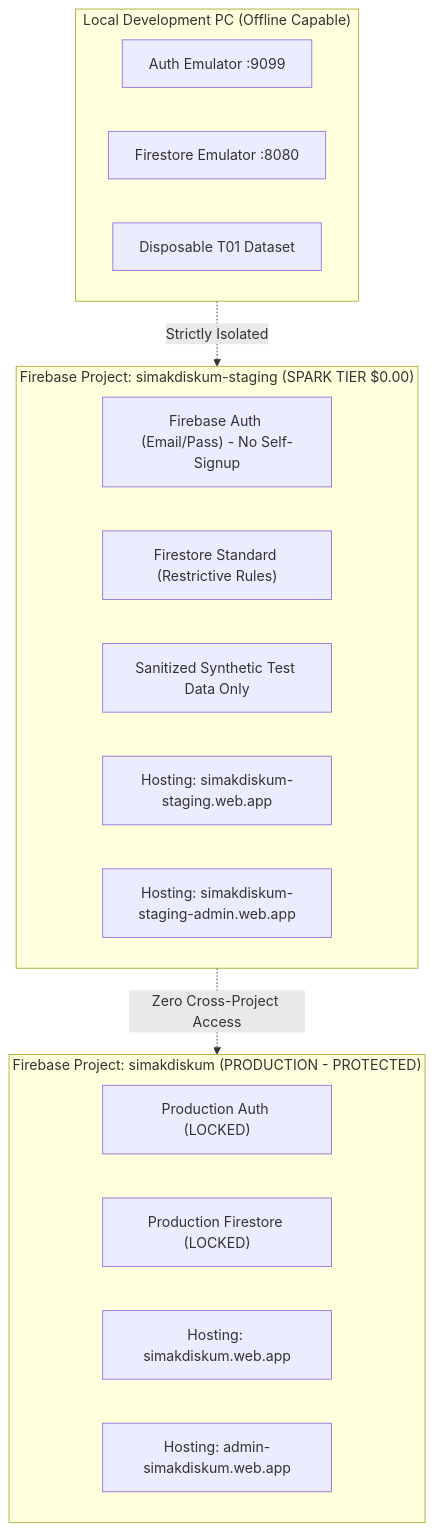
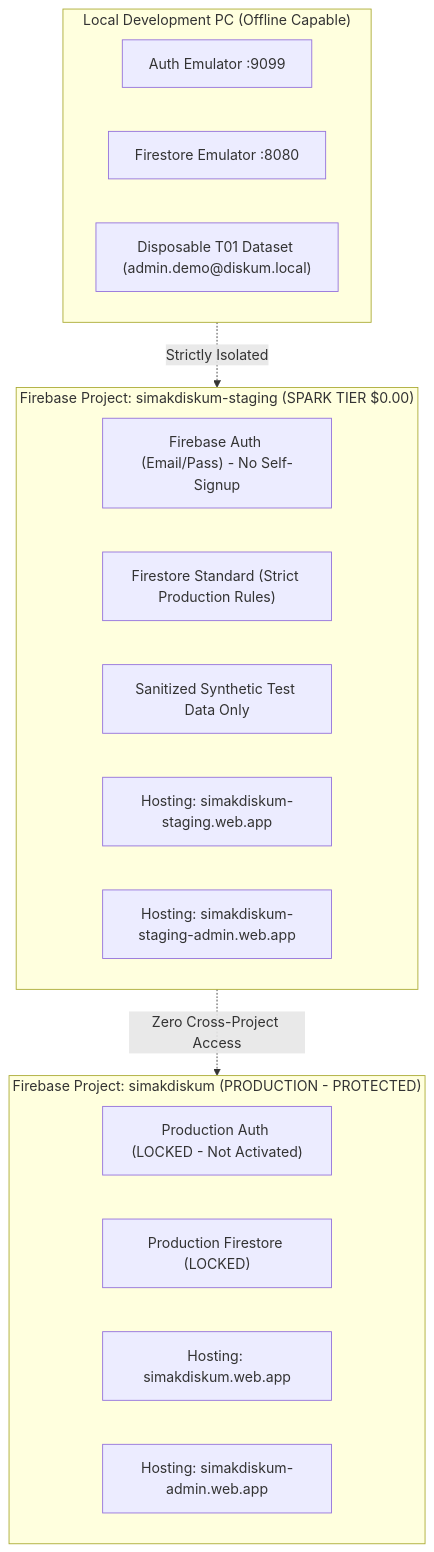
One commit to throwawaybtm/simak-diskum-v5 changed the diagram in department-agenda-firebase/docs/S01_STAGING_PLAN.md. Above: the diagram before and after it, drawn with Mermaid. The commit also changed other lines of this file and 13 other files, not shown here.

````diff
--- a/department-agenda-firebase/docs/S01_STAGING_PLAN.md
+++ b/department-agenda-firebase/docs/S01_STAGING_PLAN.md
@@ -17,26 +17,26 @@
 ```mermaid
 graph TD
   subgraph LocalDev ["Local Development PC (Offline Capable)"]
     EmulAuth["Auth Emulator :9099"]
     EmulFS["Firestore Emulator :8080"]
-    DemoData["Disposable T01 Dataset"]
+    DemoData["Disposable T01 Dataset (admin.demo@diskum.local)"]
   end
 
   subgraph CloudStaging ["Firebase Project: simakdiskum-staging (SPARK TIER $0.00)"]
     StgAuth["Firebase Auth (Email/Pass) - No Self-Signup"]
-    StgFS["Firestore Standard (Restrictive Rules)"]
+    StgFS["Firestore Standard (Strict Production Rules)"]
     StgData["Sanitized Synthetic Test Data Only"]
     StgPub["Hosting: simakdiskum-staging.web.app"]
     StgAdm["Hosting: simakdiskum-staging-admin.web.app"]
   end
 
   subgraph CloudProd ["Firebase Project: simakdiskum (PRODUCTION - PROTECTED)"]
-    ProdAuth["Production Auth (LOCKED)"]
+    ProdAuth["Production Auth (LOCKED - Not Activated)"]
     ProdFS["Production Firestore (LOCKED)"]
     ProdPub["Hosting: simakdiskum.web.app"]
-    ProdAdm["Hosting: admin-simakdiskum.web.app"]
+    ProdAdm["Hosting: simakdiskum-admin.web.app"]
   end
 
   LocalDev -.->|Strictly Isolated| CloudStaging
   CloudStaging -.->|Zero Cross-Project Access| CloudProd
 ```
````
